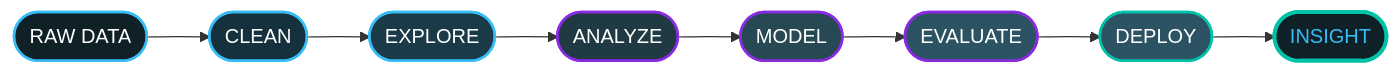
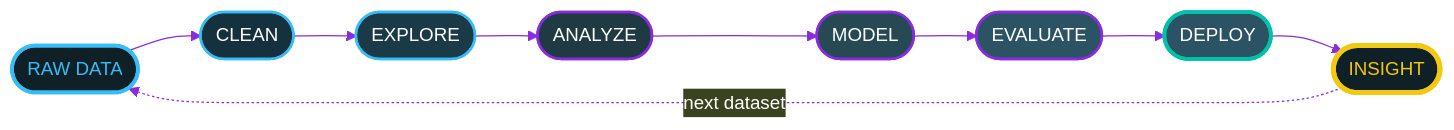
The first of 6 diagrams in README.md (NEERAJSINGHDANU07/NEERAJSINGHDANU07), drawn with Mermaid before and after one commit. The commit also changed other lines of this file, not shown here.

````diff
--- a/README.md
+++ b/README.md
@@ -130,19 +169,21 @@
 ```mermaid
+%%{init: {'theme':'base','themeVariables':{'fontFamily':'Fira Code, monospace','fontSize':'15px','primaryColor':'#203A43','primaryTextColor':'#FFFFFF','primaryBorderColor':'#36BCF7','lineColor':'#8A2BE2','tertiaryColor':'#0F2027'}}}%%
 flowchart LR
     A([RAW DATA]) --> B([CLEAN])
     B --> C([EXPLORE])
     C --> D([ANALYZE])
     D --> E([MODEL])
     E --> F([EVALUATE])
     F --> G([DEPLOY])
     G --> H([INSIGHT])
+    H -.->|next dataset| A
 
-    style A fill:#0F2027,stroke:#36BCF7,stroke-width:2px,color:#ffffff
-    style B fill:#14313d,stroke:#36BCF7,stroke-width:2px,color:#ffffff
-    style C fill:#1a3a48,stroke:#36BCF7,stroke-width:2px,color:#ffffff
-    style D fill:#203A43,stroke:#8A2BE2,stroke-width:2px,color:#ffffff
-    style E fill:#274953,stroke:#8A2BE2,stroke-width:2px,color:#ffffff
-    style F fill:#2C5364,stroke:#8A2BE2,stroke-width:2px,color:#ffffff
-    style G fill:#2C5364,stroke:#00C2A8,stroke-width:2px,color:#ffffff
-    style H fill:#0F2027,stroke:#00C2A8,stroke-width:3px,color:#36BCF7
+    style A fill:#0F2027,stroke:#36BCF7,stroke-width:3px,color:#36BCF7
+    style B fill:#14313D,stroke:#36BCF7,stroke-width:2px,color:#FFFFFF
+    style C fill:#1A3A48,stroke:#36BCF7,stroke-width:2px,color:#FFFFFF
+    style D fill:#203A43,stroke:#8A2BE2,stroke-width:2px,color:#FFFFFF
+    style E fill:#274953,stroke:#8A2BE2,stroke-width:2px,color:#FFFFFF
+    style F fill:#2C5364,stroke:#8A2BE2,stroke-width:2px,color:#FFFFFF
+    style G fill:#2C5364,stroke:#00C2A8,stroke-width:3px,color:#FFFFFF
+    style H fill:#0F2027,stroke:#F2C811,stroke-width:4px,color:#F2C811
 ```
````
